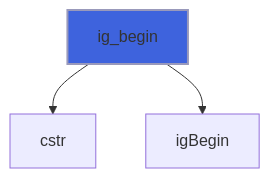
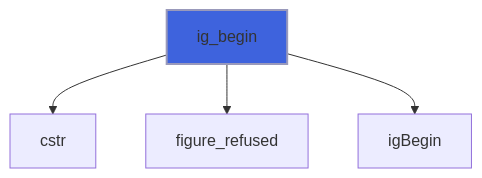
One commit to szaghi/figure changed diagram 16 of 30 in docs/api/src/lib/figure_imgui.md. Above: the diagram before and after it, drawn with Mermaid. The commit also changed other lines of this file and 13 other files, not shown here.

````diff
--- a/docs/api/src/lib/figure_imgui.md
+++ b/docs/api/src/lib/figure_imgui.md
@@ -428,6 +429,7 @@
 ```mermaid
 flowchart TD
   ig_begin["ig_begin"] --> cstr["cstr"]
+  ig_begin["ig_begin"] --> figure_refused["figure_refused"]
   ig_begin["ig_begin"] --> igBegin["igBegin"]
   style ig_begin fill:#3e63dd,stroke:#99b,stroke-width:2px
 ```
````
